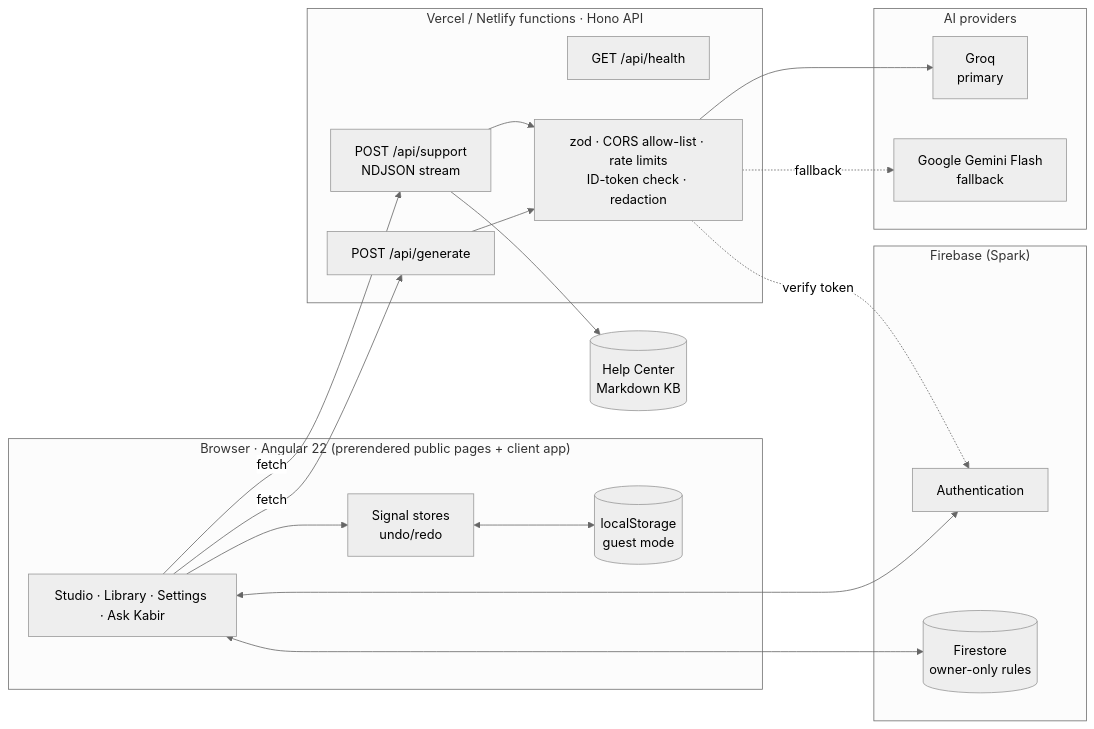
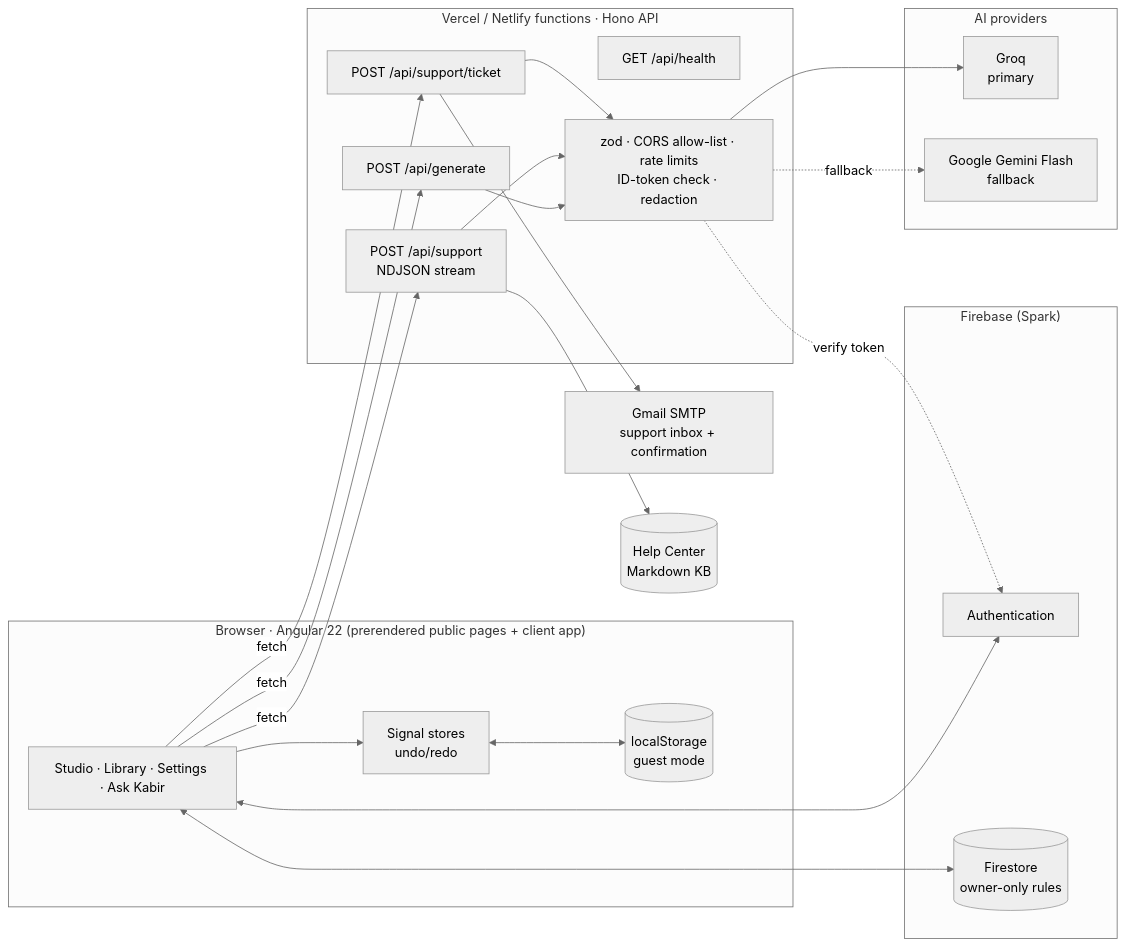
Before and after one commit to bapanghosh0812/vitrine-ai-product-cards: the diagram in README.md, drawn with Mermaid (neutral theme). The commit also changed other lines of this file and 41 other files, not shown here.

````diff
--- a/README.md
+++ b/README.md
@@ -71,33 +73,36 @@
 ```mermaid
 flowchart LR
   subgraph Browser["Browser · Angular 22 (prerendered public pages + client app)"]
     UI[Studio · Library · Settings · Ask Kabir]
     Store[Signal stores<br/>undo/redo]
     LS[(localStorage<br/>guest mode)]
   end
   subgraph Edge["Vercel / Netlify functions · Hono API"]
     GEN[POST /api/generate]
     SUP[POST /api/support<br/>NDJSON stream]
+    TK[POST /api/support/ticket]
     H[GET /api/health]
     MW[zod · CORS allow-list · rate limits<br/>ID-token check · redaction]
   end
   subgraph AI["AI providers"]
     G[Groq<br/>primary]
     GM[Google Gemini Flash<br/>fallback]
   end
+  MAIL[Gmail SMTP<br/>support inbox + confirmation]
   subgraph FB["Firebase (Spark)"]
     AUTH[Authentication]
     FS[(Firestore<br/>owner-only rules)]
   end
   KB[(Help Center<br/>Markdown KB)]
   UI --> Store
   Store <--> LS
-  UI -- fetch --> GEN & SUP
-  GEN & SUP --> MW
+  UI -- fetch --> GEN & SUP & TK
+  GEN & SUP & TK --> MW
+  TK --> MAIL
   MW --> G
   MW -. fallback .-> GM
   SUP --> KB
   UI <--> AUTH
   UI <--> FS
   MW -. verify token .-> AUTH
 ```
````
